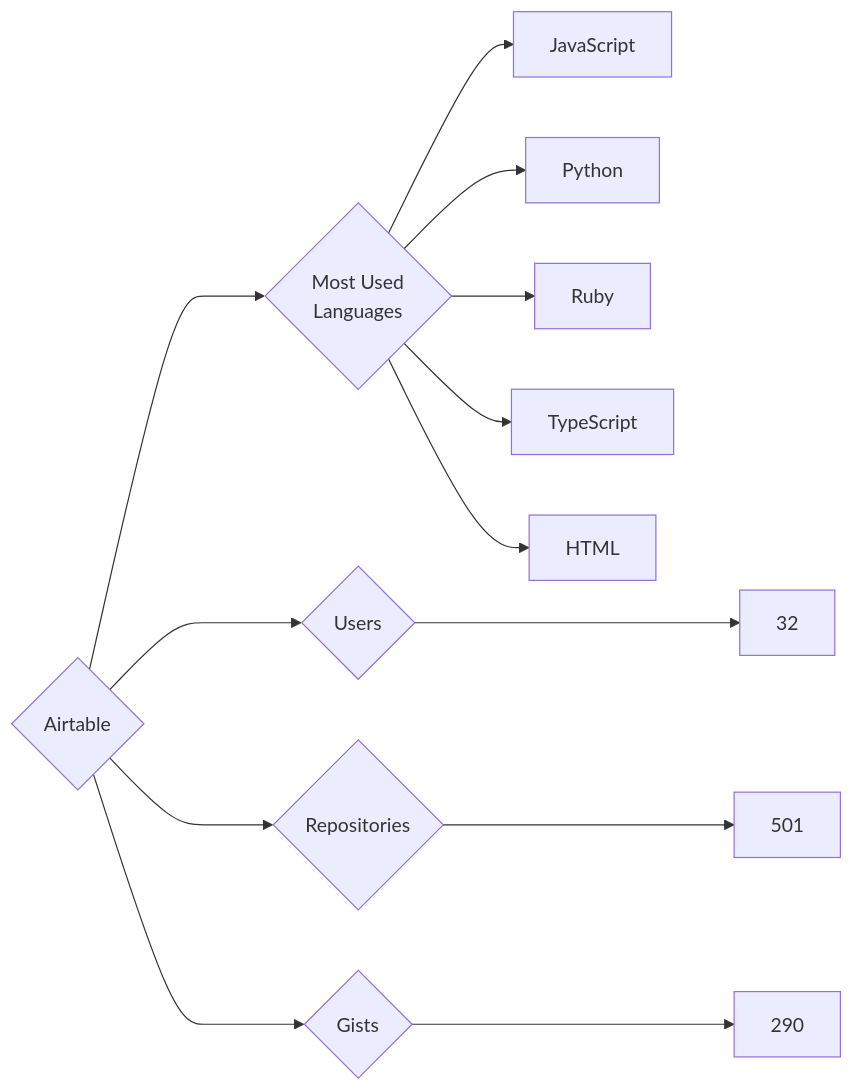
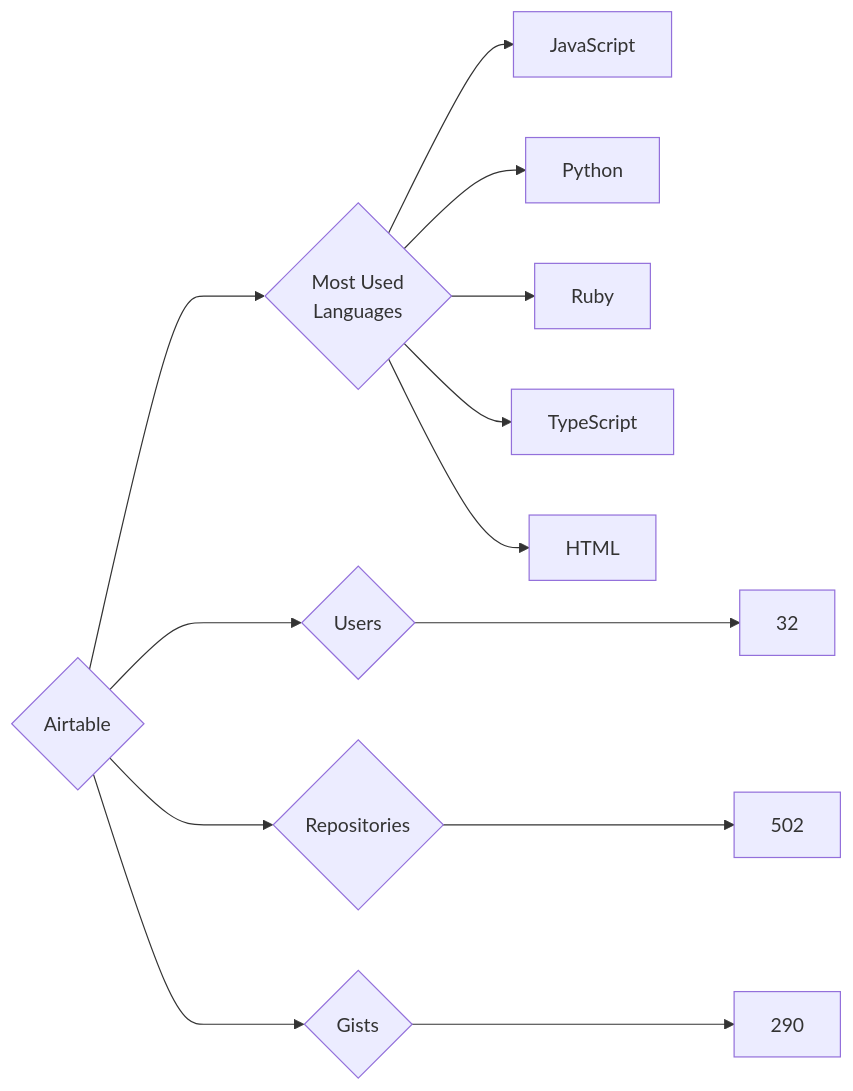
The diagram in targets/Airtable/README.md (trickest/insiders), drawn with Mermaid before and after one commit. The commit also changed 814 other files, not shown here.

````diff
--- a/targets/Airtable/README.md
+++ b/targets/Airtable/README.md
@@ -3,13 +3,13 @@
 ```mermaid
 graph LR
 COMPANY_NAME{Airtable}
 COMPANY_NAME ---> U{Users} ---> UN[32]
-COMPANY_NAME ---> R{Repositories} ---> RN[501]
+COMPANY_NAME ---> R{Repositories} ---> RN[502]
 COMPANY_NAME ---> G{Gists} ---> GN[290]
 COMPANY_NAME ---> ML{Most Used<br>Languages}
 ML --> JavaScript[JavaScript]
 ML --> Python[Python]
 ML --> Ruby[Ruby]
 ML --> TypeScript[TypeScript]
 ML --> HTML[HTML]
 ```
````
